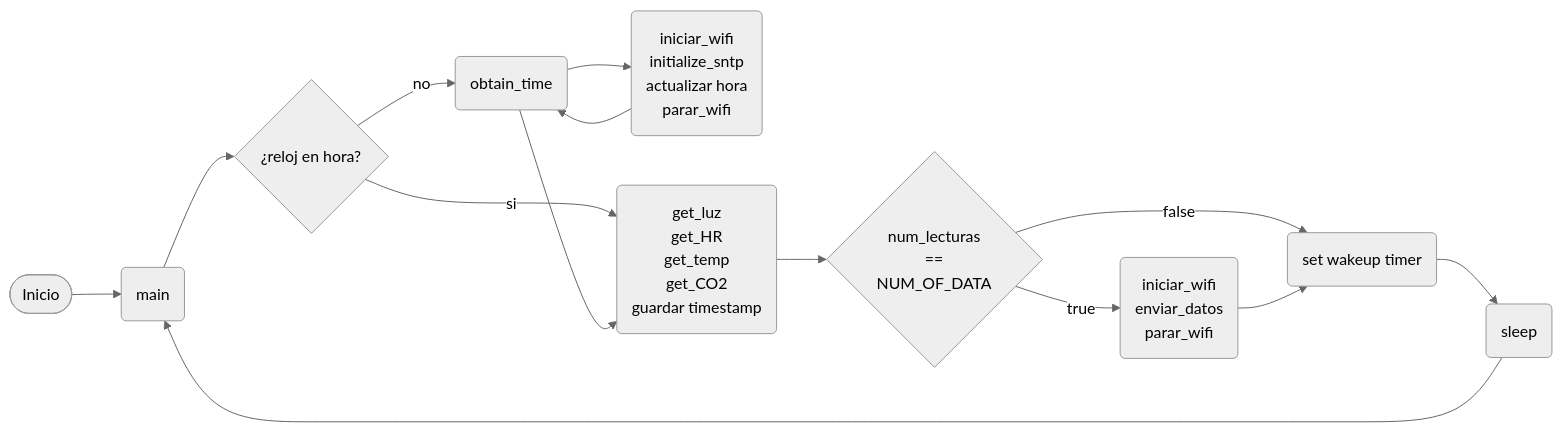
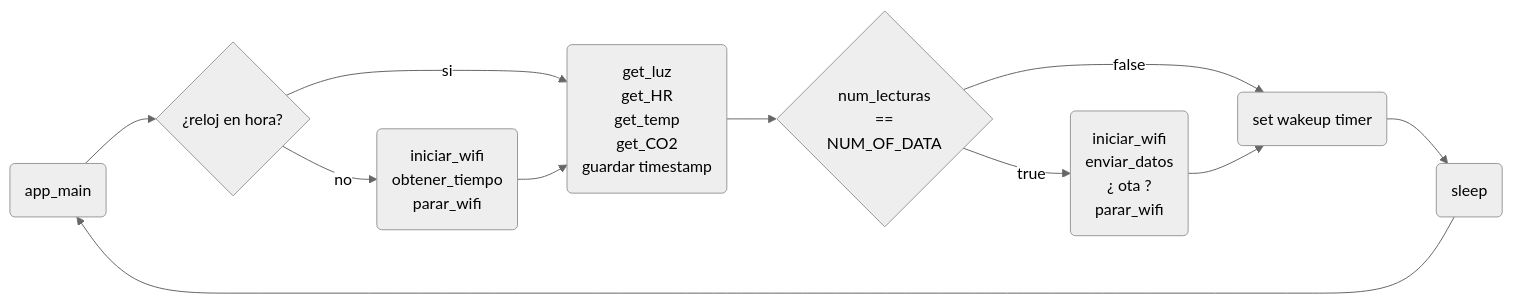
One commit to ftmariio09/repo_SBC changed the diagram in documentacion/diagrama_flujo_deep_sleep.md. Above: the diagram before and after it, drawn with Mermaid (neutral theme). The commit also changed 18 other files, not shown here.

````diff
--- a/documentacion/diagrama_flujo_deep_sleep.md
+++ b/documentacion/diagrama_flujo_deep_sleep.md
@@ -3,52 +3,48 @@
 ```mermaid
 
 flowchart LR
 
-    init([Inicio])
-    main(main)
+    main(app_main)
     iftime{"¿reloj en hora?"}
-    time(obtain_time)
-    sntp("iniciar_wifi
-    initialize_sntp
-    actualizar hora
+    time("iniciar_wifi
+    obtener_tiempo
     parar_wifi")
+
     sleep(sleep)
 
 
 
     datos("get_luz
     get_HR
     get_temp
     get_CO2
     guardar timestamp")
 
     enviardatos("iniciar_wifi
     enviar_datos
+    ¿ ota ?
     parar_wifi")
 
     iflecturas{"num_lecturas
      == 
      NUM_OF_DATA"}
 
 
 
     wakeup(set wakeup timer)
 
-    init --> main
 
     main --> iftime
     iftime -->|si| datos
     iftime -->|no| time
-    time --> sntp
-    sntp --> time
     time --> datos
 
     datos --> iflecturas
     iflecturas -->|true| enviardatos
     iflecturas -->|false| wakeup
     enviardatos --> wakeup
     wakeup --> sleep
     sleep --> main
 
 
 ```
````
